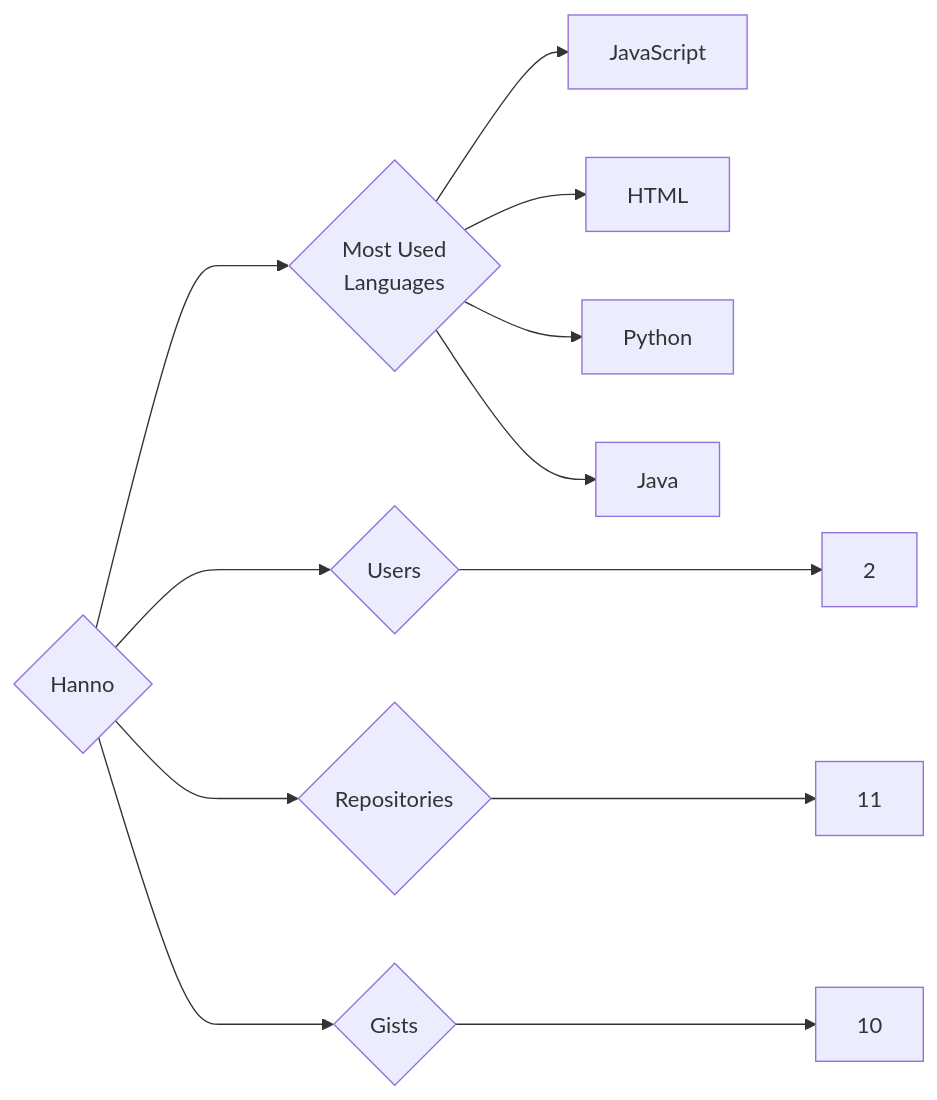
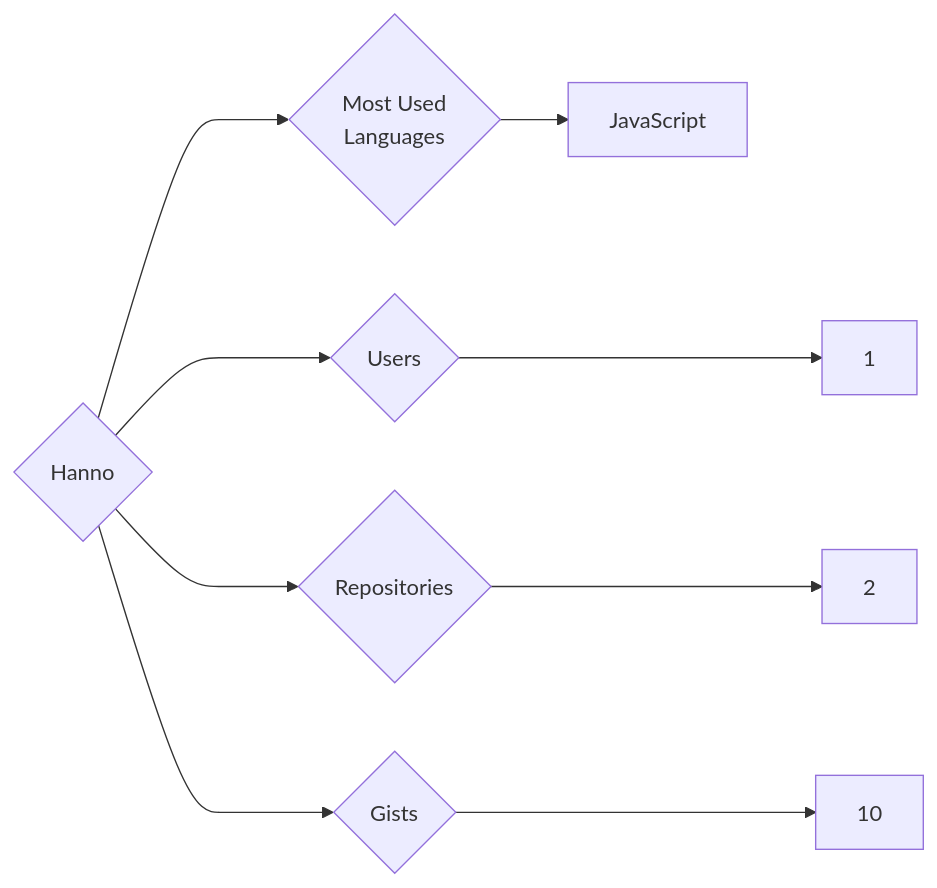
Before and after one commit to trickest/insiders: the diagram in targets/Hanno/README.md, drawn with Mermaid. The commit also changed 1170 other files, not shown here.

````diff
--- a/targets/Hanno/README.md
+++ b/targets/Hanno/README.md
@@ -3,12 +3,9 @@
 ```mermaid
 graph LR
 COMPANY_NAME{Hanno}
-COMPANY_NAME ---> U{Users} ---> UN[2]
-COMPANY_NAME ---> R{Repositories} ---> RN[11]
+COMPANY_NAME ---> U{Users} ---> UN[1]
+COMPANY_NAME ---> R{Repositories} ---> RN[2]
 COMPANY_NAME ---> G{Gists} ---> GN[10]
 COMPANY_NAME ---> ML{Most Used<br>Languages}
 ML --> JavaScript[JavaScript]
-ML --> HTML[HTML]
-ML --> Python[Python]
-ML --> Java[Java]
 ```
````
